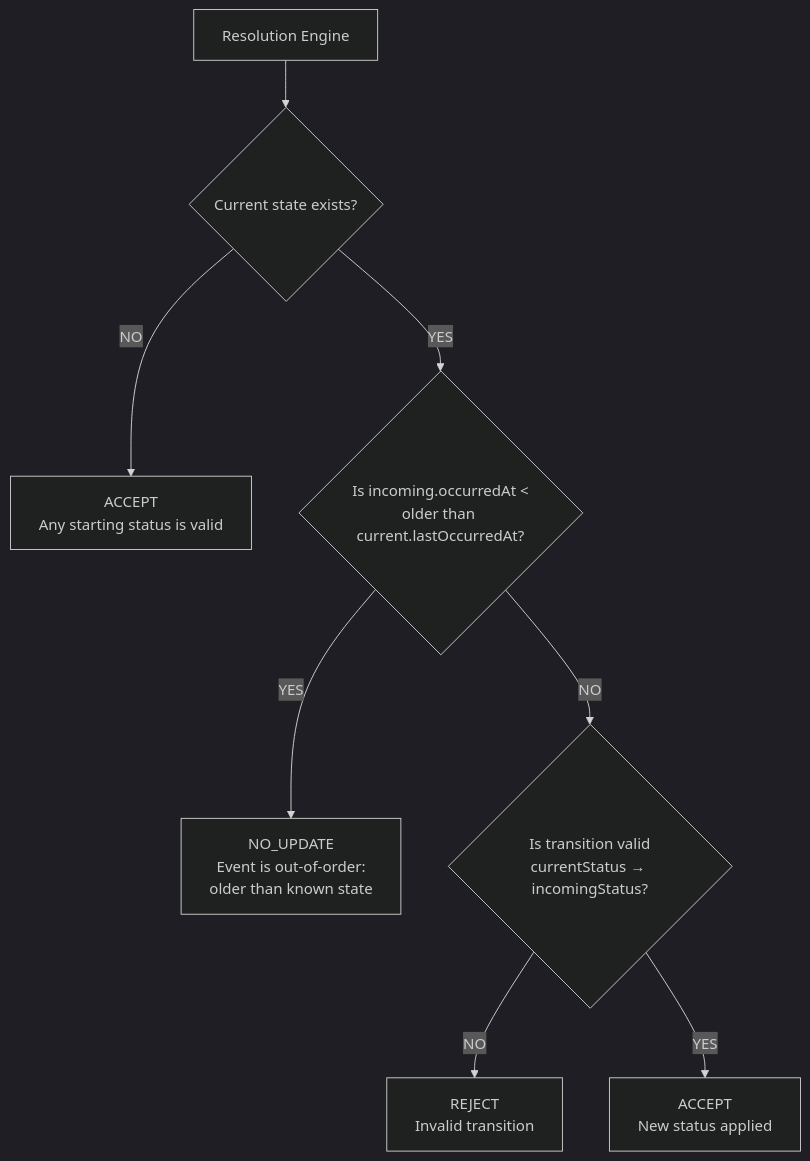
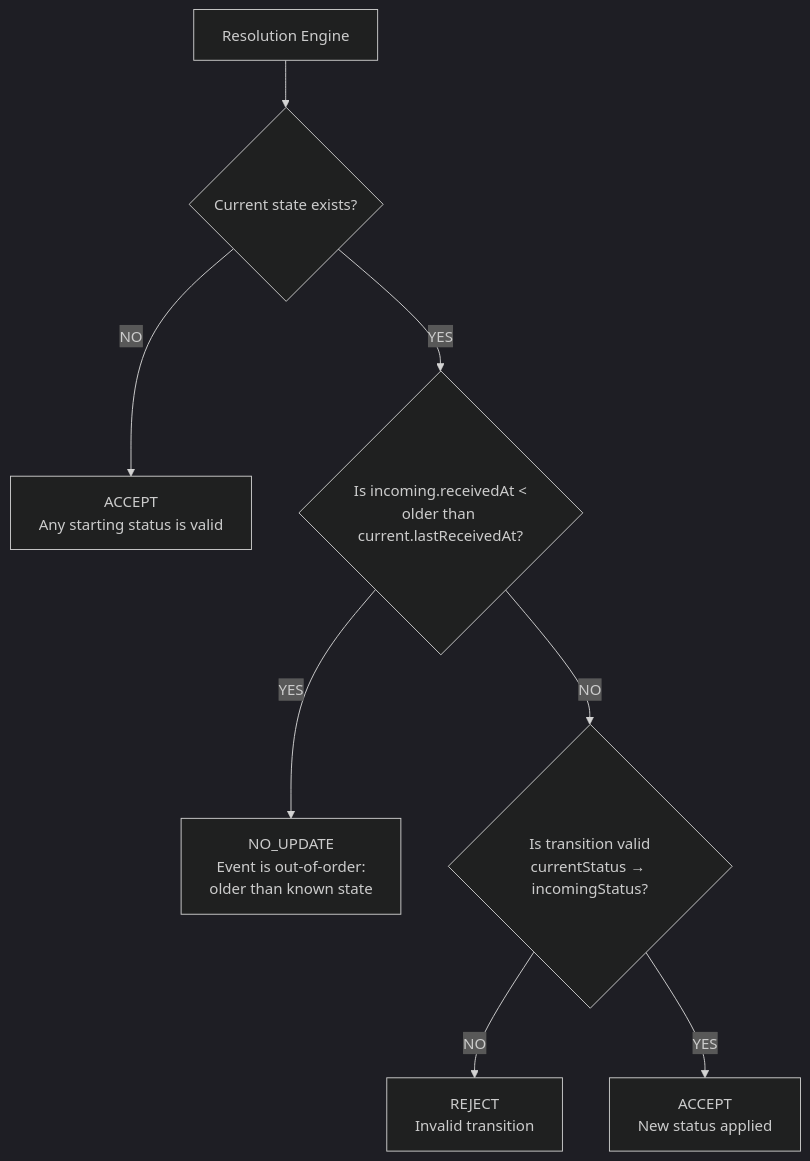
One commit to JanVDL1975/accso-tech-assessment changed the second of 6 diagrams in docs/SEQUENCE_DIAGRAM.md. Above: the diagram before and after it, drawn with Mermaid (dark theme). The commit also changed other lines of this file and 14 other files, not shown here.

````diff
--- a/docs/SEQUENCE_DIAGRAM.md
+++ b/docs/SEQUENCE_DIAGRAM.md
@@ -53,13 +53,13 @@
 ```mermaid
 flowchart TD
     A["Resolution Engine"] --> B{Current state exists?}
 
     B -->|NO| C["ACCEPT<br/>Any starting status is valid"]
-    B -->|YES| D{"Is incoming.occurredAt <<br/>older than current.lastOccurredAt?"}
+    B -->|YES| D{"Is incoming.receivedAt <<br/>older than current.lastReceivedAt?"}
 
     D -->|YES| E["NO_UPDATE<br/>Event is out-of-order:<br/>older than known state"]
     D -->|NO| F{Is transition valid<br/>currentStatus → incomingStatus?}
 
     F -->|NO| G["REJECT<br/>Invalid transition"]
     F -->|YES| H["ACCEPT<br/>New status applied"]
 ```
````
